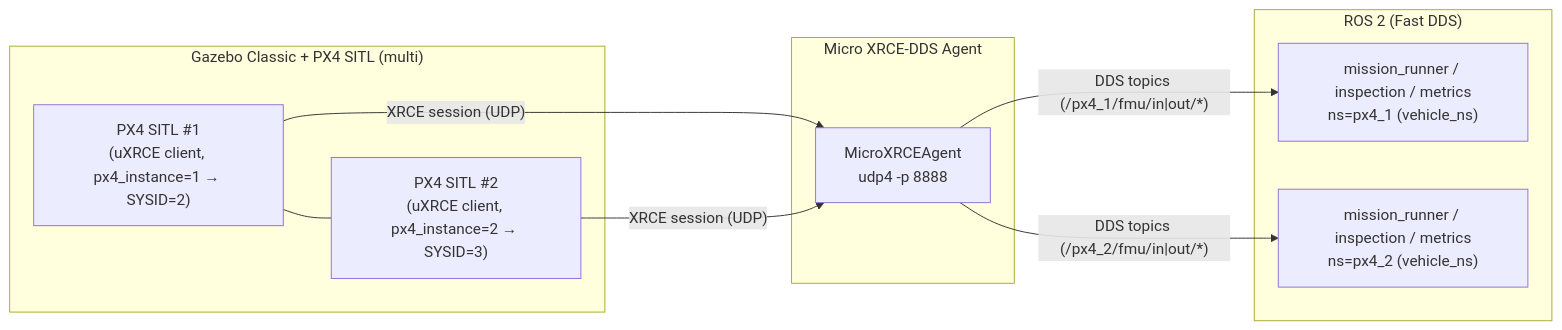
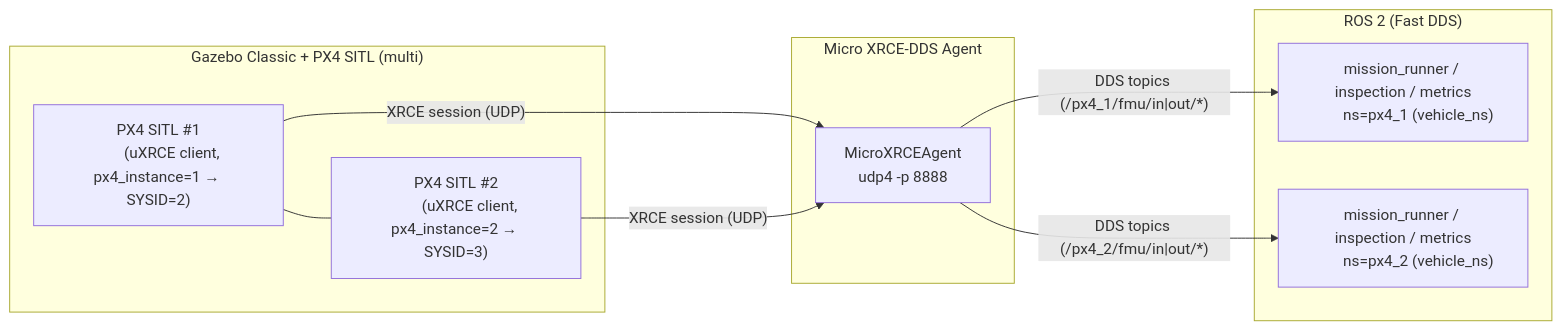
One commit to Nico281102/ShelfScout-PX4-ROS2-Digital-Twin changed the second of 2 diagrams in docs/uxrce_dds_px4_ros_bridge.md. Above: the diagram before and after it, drawn with Mermaid. The commit also changed other lines of this file, not shown here.

Commit message:
Fix mermaid line breaks

````diff
--- a/docs/uxrce_dds_px4_ros_bridge.md
+++ b/docs/uxrce_dds_px4_ros_bridge.md
@@ -38,22 +41,27 @@
 ```mermaid
 flowchart LR
     subgraph Sim["Gazebo Classic + PX4 SITL (multi)"]
-        PX41["PX4 SITL #1\n(uXRCE client, px4_instance=1 → SYSID=2)"]
-        PX42["PX4 SITL #2\n(uXRCE client, px4_instance=2 → SYSID=3)"]
+        PX41["PX4 SITL #1
+        (uXRCE client, px4_instance=1 → SYSID=2)"]
+        PX42["PX4 SITL #2
+        (uXRCE client, px4_instance=2 → SYSID=3)"]
         PX41 --- PX42
     end
 
     subgraph Bridge["Micro XRCE-DDS Agent"]
-        AGENT[MicroXRCEAgent\nudp4 -p 8888]
+        AGENT[MicroXRCEAgent
+        udp4 -p 8888]
     end
 
     subgraph ROS2["ROS 2 (Fast DDS)"]
-        N1["mission_runner / inspection / metrics\nns=px4_1 (vehicle_ns)"]
-        N2["mission_runner / inspection / metrics\nns=px4_2 (vehicle_ns)"]
+        N1["mission_runner / inspection / metrics
+        ns=px4_1 (vehicle_ns)"]
+        N2["mission_runner / inspection / metrics
+        ns=px4_2 (vehicle_ns)"]
     end
 
     PX41 -- XRCE session (UDP) --> AGENT
     PX42 -- XRCE session (UDP) --> AGENT
     AGENT -- DDS topics (/px4_1/fmu/in|out/*) --> N1
     AGENT -- DDS topics (/px4_2/fmu/in|out/*) --> N2
 ```
````
